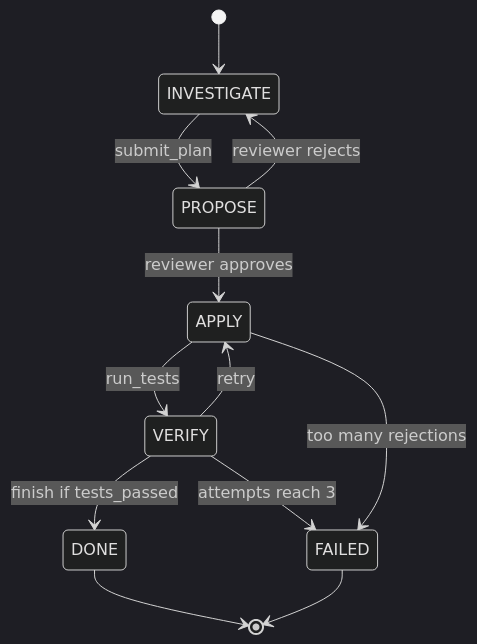
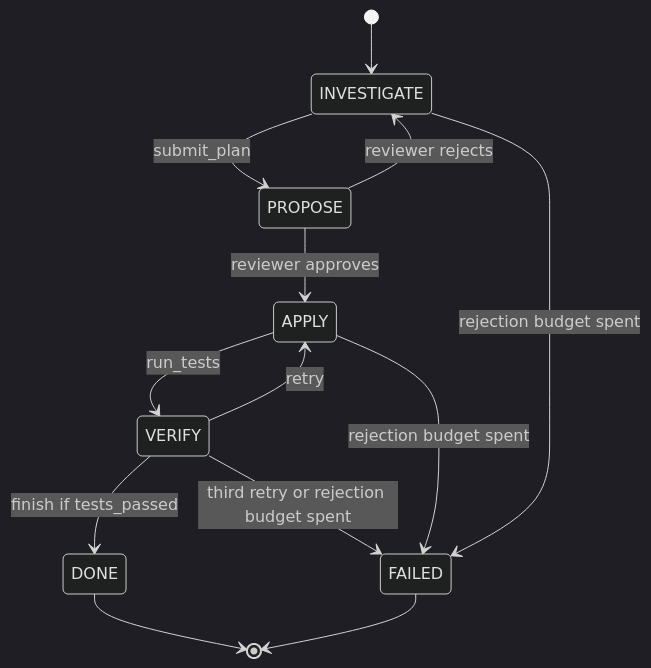
One commit to lovishmahajan97/agentic-learning changed the diagram in content/agents/state-machines.md. Above: the diagram before and after it, drawn with Mermaid (dark theme). The commit also changed other lines of this file and 213 other files, not shown here.

````diff
--- a/content/agents/state-machines.md
+++ b/content/agents/state-machines.md
@@ -123,14 +123,15 @@
 ```mermaid
 stateDiagram-v2
     [*] --> INVESTIGATE
     INVESTIGATE --> PROPOSE: submit_plan
     PROPOSE --> APPLY: reviewer approves
     PROPOSE --> INVESTIGATE: reviewer rejects
     APPLY --> VERIFY: run_tests
     VERIFY --> APPLY: retry
     VERIFY --> DONE: finish if tests_passed
-    VERIFY --> FAILED: attempts reach 3
-    APPLY --> FAILED: too many rejections
+    VERIFY --> FAILED: third retry or rejection budget spent
+    APPLY --> FAILED: rejection budget spent
+    INVESTIGATE --> FAILED: rejection budget spent
     DONE --> [*]
     FAILED --> [*]
 ```
````
